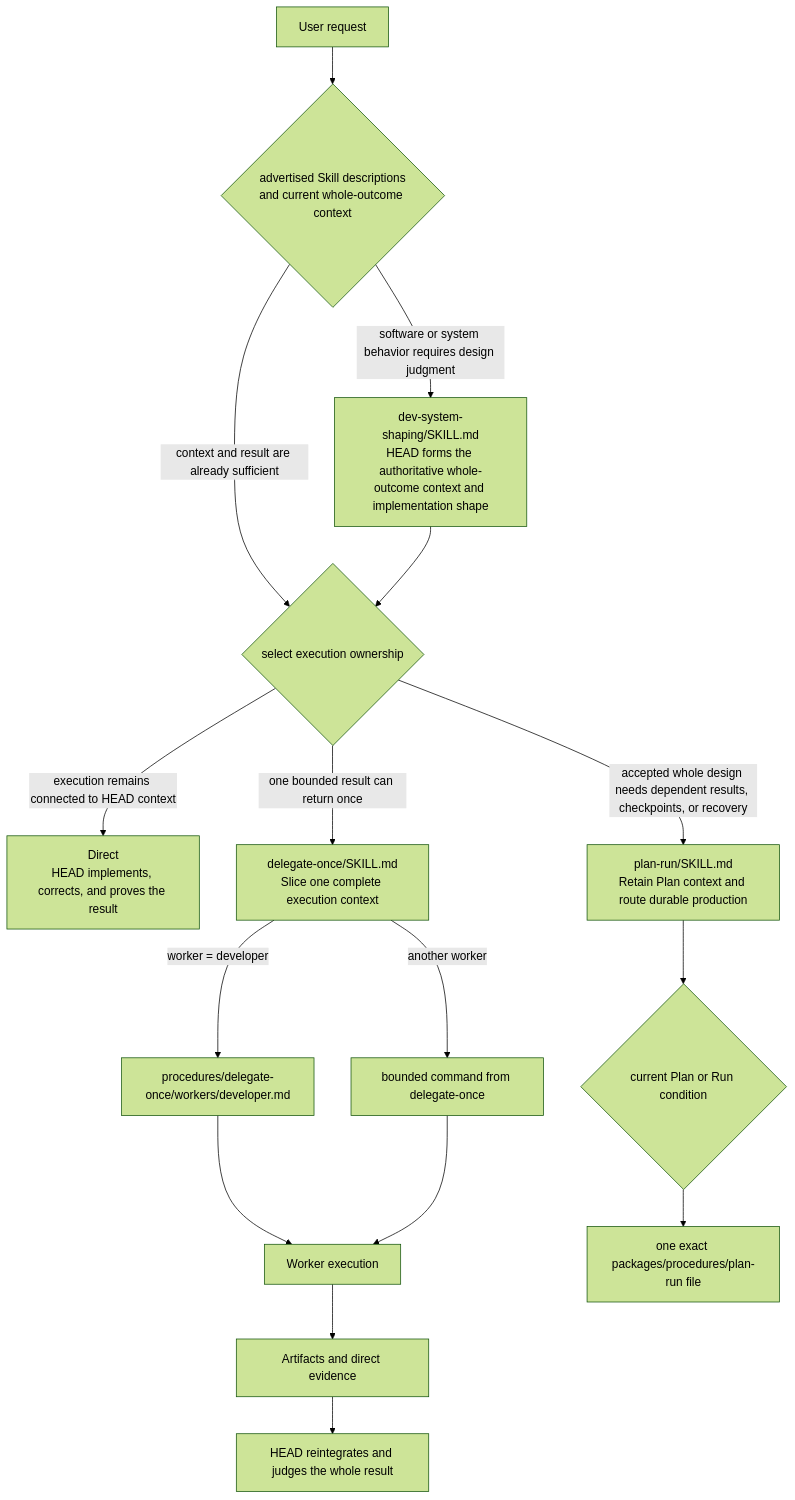
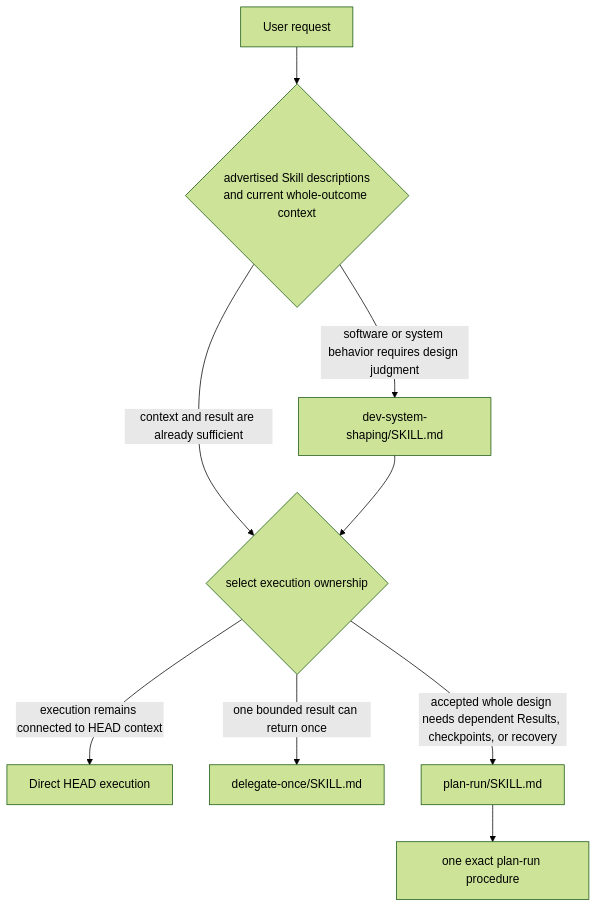
The first of 2 diagrams in packages/core/theory/context-management/instruction-routing-map.md (Won6314/head-agent-core), drawn with Mermaid (forest theme) before and after one commit. The commit also changed other lines of this file and 102 other files, not shown here.

````diff
--- a/packages/core/theory/context-management/instruction-routing-map.md
+++ b/packages/core/theory/context-management/instruction-routing-map.md
@@ -24,22 +22,11 @@
 ```mermaid
 flowchart TD
     R["User request"] --> S{"advertised Skill descriptions<br/>and current whole-outcome context"}
-
-    S -->|"software or system behavior requires design judgment"| DS["dev-system-shaping/SKILL.md<br/>HEAD forms the authoritative whole-outcome context and implementation shape"]
+    S -->|"software or system behavior requires design judgment"| DS["dev-system-shaping/SKILL.md"]
     S -->|"context and result are already sufficient"| M{"select execution ownership"}
     DS --> M
-
-    M -->|"execution remains connected to HEAD context"| DIRECT["Direct<br/>HEAD implements, corrects, and proves the result"]
-
-    M -->|"one bounded result can return once"| ONCE["delegate-once/SKILL.md<br/>Slice one complete execution context"]
-    ONCE -->|"worker = developer"| DEV["procedures/delegate-once/workers/developer.md"]
-    ONCE -->|"another worker"| CONTRACT["bounded command from delegate-once"]
-    DEV --> WORKER["Worker execution"]
-    CONTRACT --> WORKER
-    WORKER --> RETURN["Artifacts and direct evidence"]
-    RETURN --> INTEGRATE["HEAD reintegrates and judges the whole result"]
-
-    M -->|"accepted whole design needs dependent results, checkpoints, or recovery"| PLAN["plan-run/SKILL.md<br/>Retain Plan context and route durable production"]
-    PLAN --> CURRENT{"current Plan or Run condition"}
-    CURRENT --> PROCEDURE["one exact packages/procedures/plan-run file"]
+    M -->|"execution remains connected to HEAD context"| DIRECT["Direct HEAD execution"]
+    M -->|"one bounded result can return once"| ONCE["delegate-once/SKILL.md"]
+    M -->|"accepted whole design needs dependent Results, checkpoints, or recovery"| PLAN["plan-run/SKILL.md"]
+    PLAN --> PROCEDURE["one exact plan-run procedure"]
 ```
````
